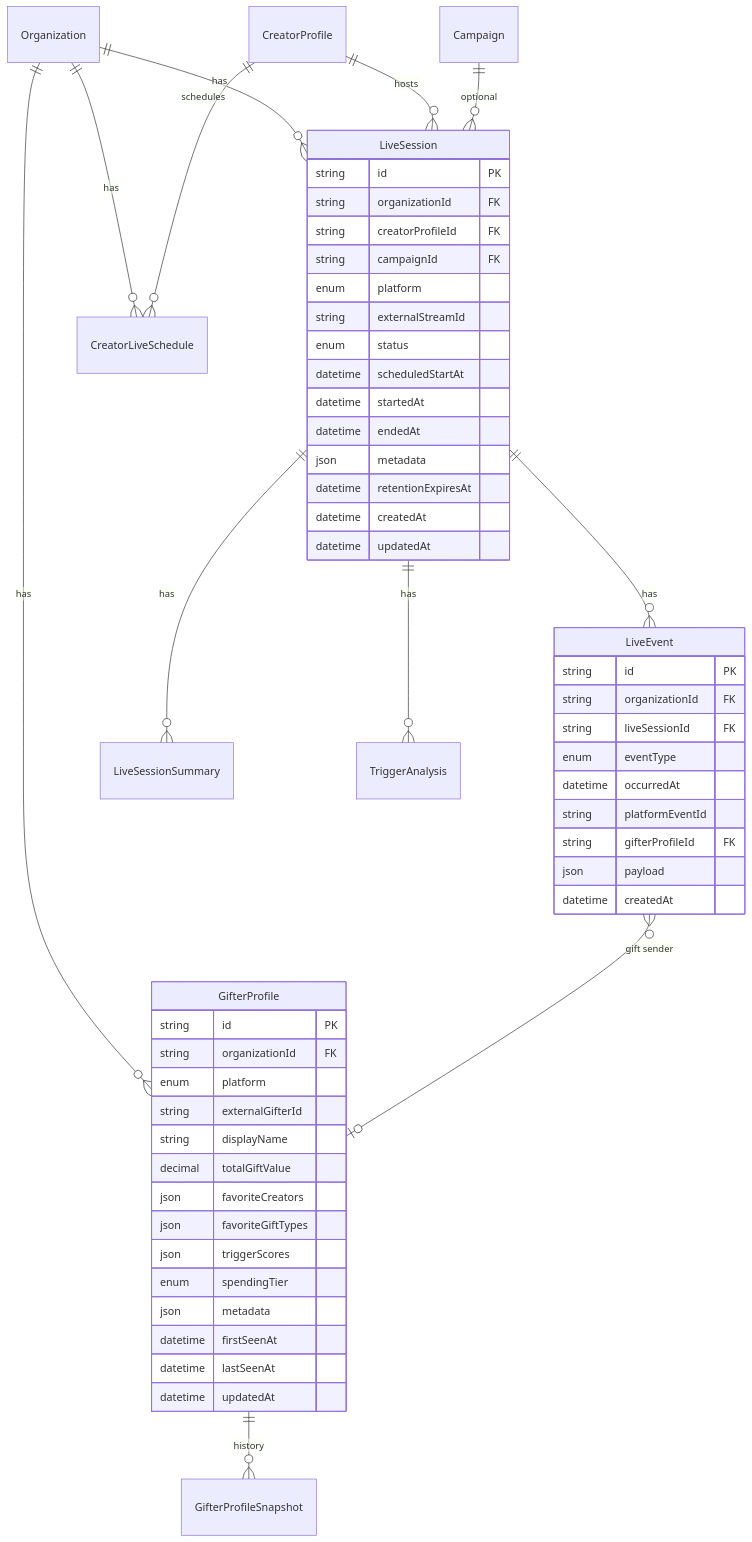
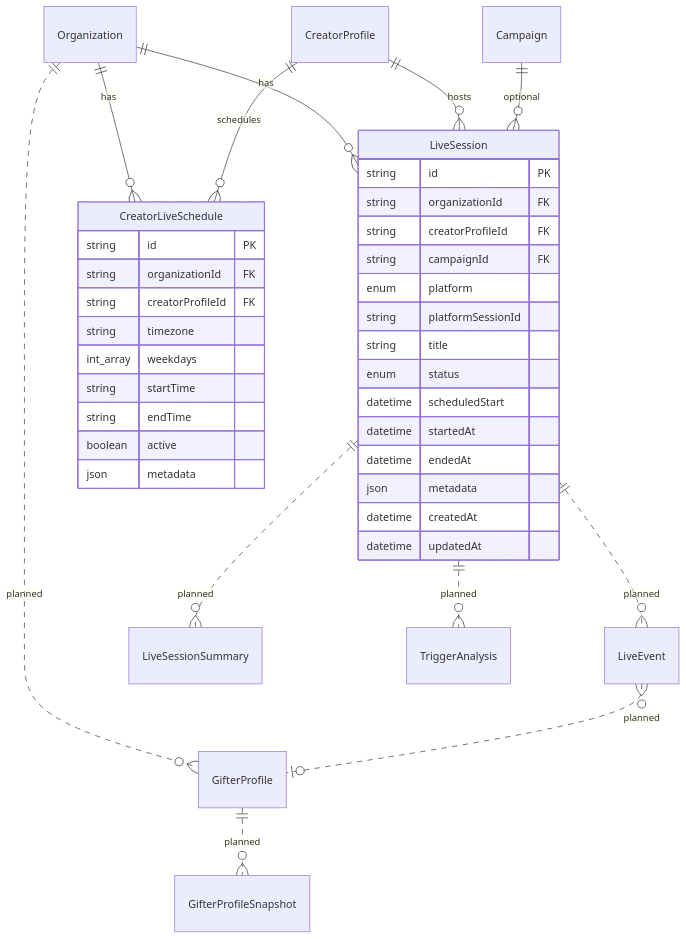
Before and after one commit to kolab-kevin/kolab-platform: the diagram in docs/database/live-intelligence-erd.md, drawn with Mermaid. The commit also changed other lines of this file and 5 other files, not shown here.

Commit message:
feat(database): add live session schema

````diff
--- a/docs/database/live-intelligence-erd.md
+++ b/docs/database/live-intelligence-erd.md
@@ -19,60 +25,43 @@
 ```mermaid
 erDiagram
   Organization ||--o{ LiveSession : has
   Organization ||--o{ CreatorLiveSchedule : has
-  Organization ||--o{ GifterProfile : has
+  Organization ||..o{ GifterProfile : "planned"
   CreatorProfile ||--o{ LiveSession : hosts
   CreatorProfile ||--o{ CreatorLiveSchedule : schedules
   Campaign ||--o{ LiveSession : optional
-  LiveSession ||--o{ LiveEvent : has
-  LiveSession ||--o{ LiveSessionSummary : has
-  LiveSession ||--o{ TriggerAnalysis : has
-  GifterProfile ||--o{ GifterProfileSnapshot : history
-  LiveEvent }o--o| GifterProfile : "gift sender"
+  LiveSession ||..o{ LiveEvent : "planned"
+  LiveSession ||..o{ LiveSessionSummary : "planned"
+  LiveSession ||..o{ TriggerAnalysis : "planned"
+  GifterProfile ||..o{ GifterProfileSnapshot : "planned"
+  LiveEvent }o..o| GifterProfile : "planned"
 
   LiveSession {
     string id PK
     string organizationId FK
     string creatorProfileId FK
     string campaignId FK
     enum platform
-    string externalStreamId
+    string platformSessionId
+    string title
     enum status
-    datetime scheduledStartAt
+    datetime scheduledStart
     datetime startedAt
     datetime endedAt
     json metadata
-    datetime retentionExpiresAt
     datetime createdAt
     datetime updatedAt
   }
 
-  LiveEvent {
+  CreatorLiveSchedule {
     string id PK
     string organizationId FK
-    string liveSessionId FK
-    enum eventType
-    datetime occurredAt
-    string platformEventId
-    string gifterProfileId FK
-    json payload
-    datetime createdAt
-  }
-
-  GifterProfile {
-    string id PK
-    string organizationId FK
-    enum platform
-    string externalGifterId
-    string displayName
-    decimal totalGiftValue
-    json favoriteCreators
-    json favoriteGiftTypes
-    json triggerScores
-    enum spendingTier
+    string creatorProfileId FK
+    string timezone
+    int_array weekdays
+    string startTime
+    string endTime
+    boolean active
     json metadata
-    datetime firstSeenAt
-    datetime lastSeenAt
-    datetime updatedAt
   }
 ```
````
